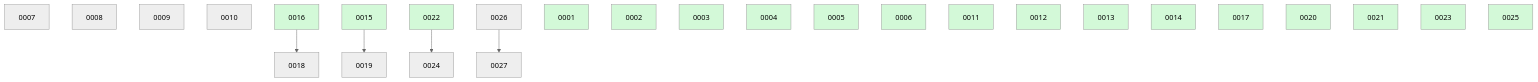
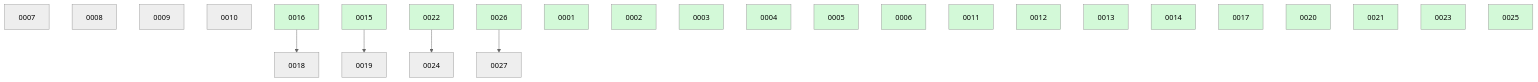
The diagram in docs/changes/BOARD.md (danielhanold/docket), drawn with Mermaid (neutral theme) before and after one commit. The commit also changed other lines of this file, not shown here.

First line of the commit message:
docket(board): regenerate after change 26 done

````diff
--- a/docs/changes/BOARD.md
+++ b/docs/changes/BOARD.md
@@ -24,31 +18,31 @@
 ```mermaid
 graph TD
   0007
   0008
   0009
   0010
   0016 --> 0018
   0015 --> 0019
   0022 --> 0024
-  0026
   0026 --> 0027
   0001:::done
   0002:::done
   0003:::done
   0004:::done
   0005:::done
   0006:::done
   0011:::done
   0012:::done
   0013:::done
   0014:::done
   0015:::done
   0016:::done
   0017:::done
   0020:::done
   0021:::done
   0022:::done
   0023:::done
   0025:::done
+  0026:::done
   classDef done fill:#d3f9d8;
 ```
````
